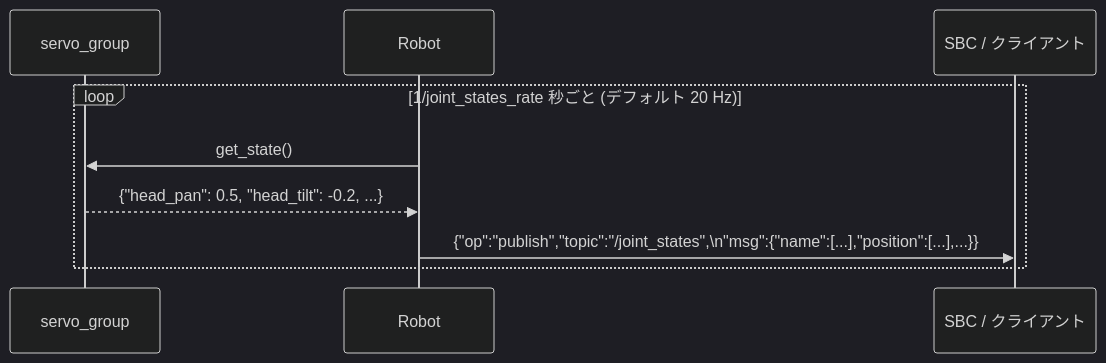
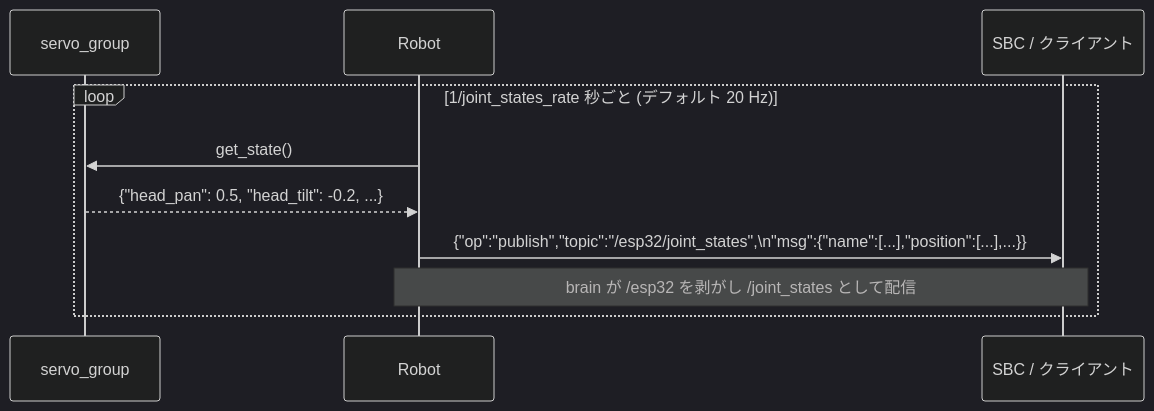
Before and after one commit to smabo-smartphone-robot/smabo-smartphone-robot.github.io: diagram 12 of 14 in docs/architecture/design.md, drawn with Mermaid (dark theme). The commit also changed other lines of this file and 5 other files, not shown here.

````diff
--- a/docs/architecture/design.md
+++ b/docs/architecture/design.md
@@ -472,12 +497,13 @@
 ```mermaid
 sequenceDiagram
     participant JointGroup as servo_group
     participant Robot
     participant Client as SBC / クライアント
 
     loop 1/joint_states_rate 秒ごと (デフォルト 20 Hz)
         Robot->>JointGroup: get_state()
         JointGroup-->>Robot: {"head_pan": 0.5, "head_tilt": -0.2, ...}
-        Robot->>Client: {"op":"publish","topic":"/joint_states",\n"msg":{"name":[...],"position":[...],...}}
+        Robot->>Client: {"op":"publish","topic":"/esp32/joint_states",\n"msg":{"name":[...],"position":[...],...}}
+        Note over Robot,Client: brain が /esp32 を剥がし /joint_states として配信
     end
 ```
````
